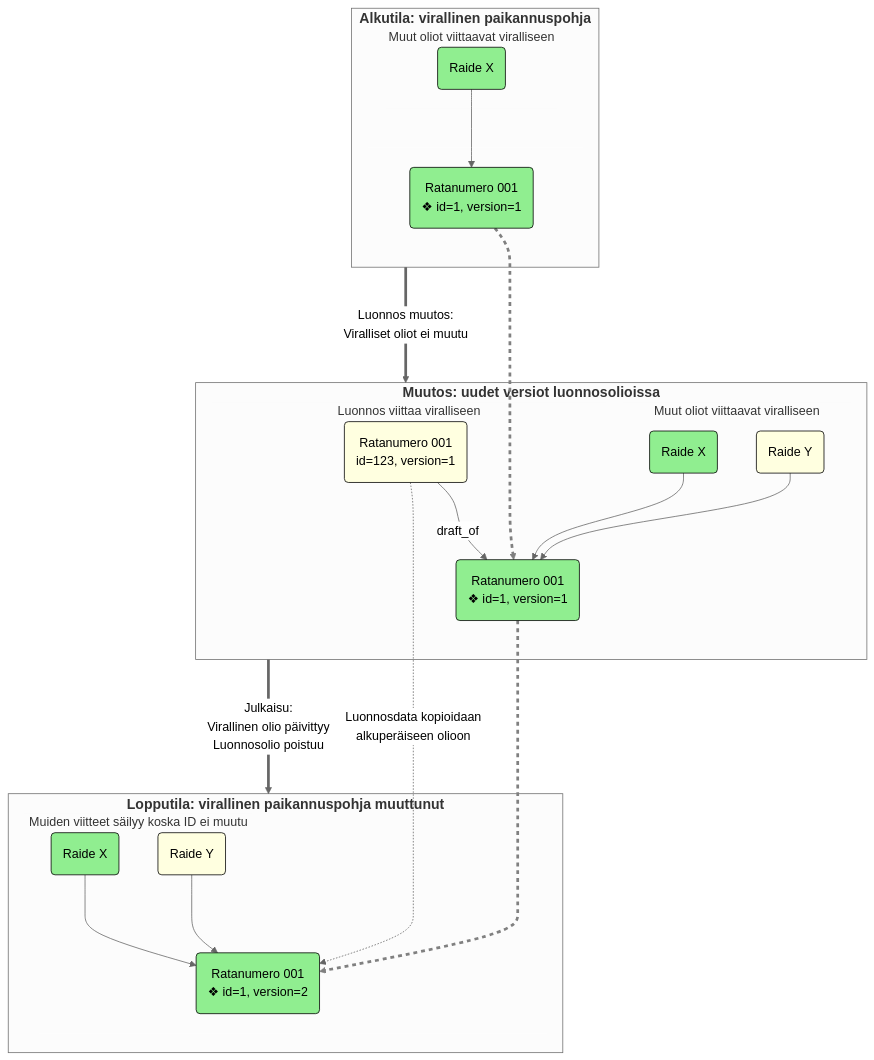
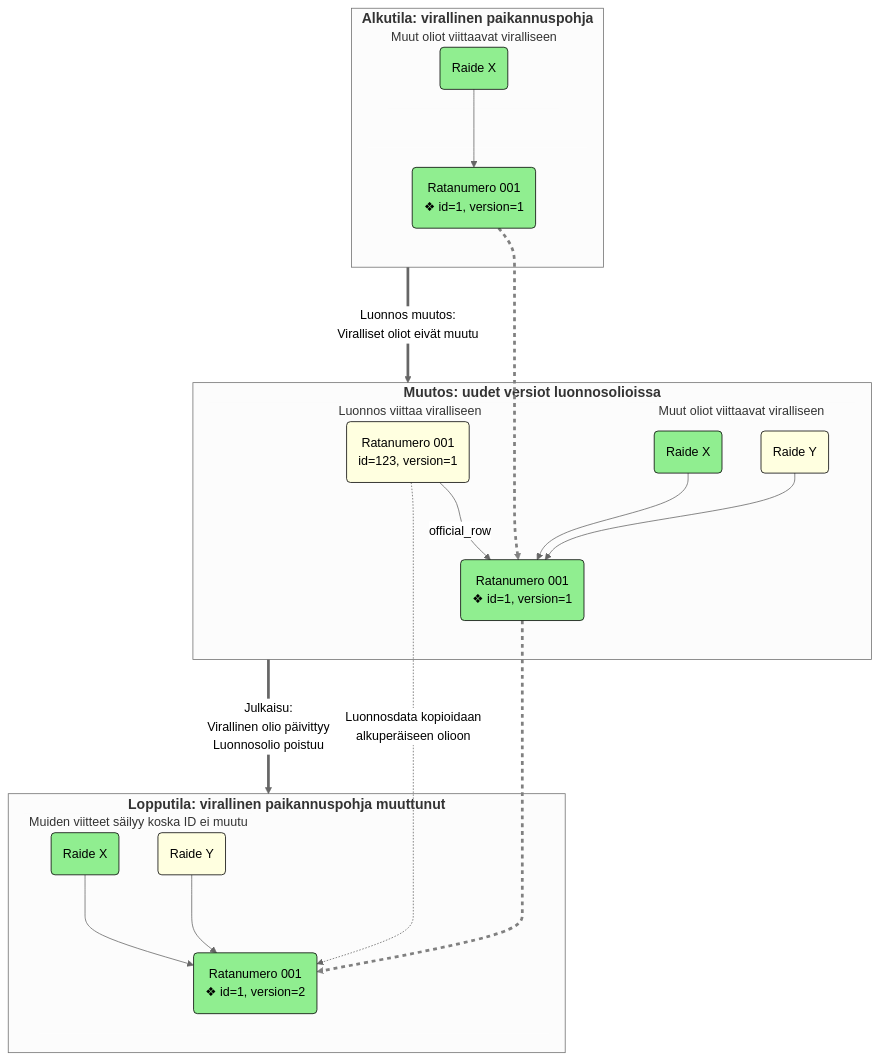
One commit to finnishtransportagency/geoviite changed the third of 5 diagrams in doc/paikannuspohjan_kontekstit.md. Above: the diagram before and after it, drawn with Mermaid (neutral theme). The commit also changed other lines of this file, not shown here.

````diff
--- a/doc/paikannuspohjan_kontekstit.md
+++ b/doc/paikannuspohjan_kontekstit.md
@@ -138,48 +157,48 @@
 ```mermaid
 graph TD
     subgraph startState [Alkutila: virallinen paikannuspohja]
         subgraph startTracks [Muut oliot viittaavat viralliseen]
             track1InStart(Raide X)
         end
         subgraph startTrackNumber [&nbsp]
             officialTnInStart("Ratanumero 001\n❖ id=1, version=1")
         end
         track1InStart --> officialTnInStart
     end
     subgraph draftState [Muutos: uudet versiot luonnosolioissa]
         subgraph draftTracks [Muut oliot viittaavat viralliseen]
             track1InDraft(Raide X)
             track2InDraft(Raide Y)
         end
         subgraph draftTrackNumber [Luonnos viittaa viralliseen]
             draftTnInDraft(Ratanumero 001\nid=123, version=1)
             officialTnInDraft("Ratanumero 001\n❖ id=1, version=1")
         end
         track1InDraft --> officialTnInDraft
         track2InDraft --> officialTnInDraft
-        draftTnInDraft -- draft_of --> officialTnInDraft
+        draftTnInDraft -- official_row --> officialTnInDraft
     end
     subgraph endState [Lopputila: virallinen paikannuspohja muuttunut]
         subgraph endTracks [Muiden viitteet säilyy koska ID ei muutu]
             track1InEnd(Raide X)
             track2InEnd(Raide Y)
         end
         subgraph endTrackNumber [&nbsp]
             officialTnInEnd("Ratanumero 001\n❖ id=1, version=2")
         end
         track1InEnd --> officialTnInEnd
         track2InEnd --> officialTnInEnd
     end
-    startState == Luonnos muutos:\nViralliset oliot ei muutu ==> draftState == Julkaisu:\nVirallinen olio päivittyy\nLuonnosolio poistuu ==> endState
+    startState == Luonnos muutos:\nViralliset oliot eivät muutu ==> draftState == Julkaisu:\nVirallinen olio päivittyy\nLuonnosolio poistuu ==> endState
     officialTnInStart ====> officialTnInDraft ====> officialTnInEnd
     draftTnInDraft -. Luonnosdata kopioidaan\nalkuperäiseen olioon .-> officialTnInEnd
     classDef draftObject fill: lightyellow, stroke: black, color: black;
     classDef officialObject fill: lightgreen, stroke: black, color: black;
     class draftTnInDraft,track2InDraft,track2InEnd draftObject
     class officialTnInStart,officialTnInDraft,officialTnInEnd,track1InStart,track1InDraft,track1InEnd officialObject
     linkStyle 8,9 stroke: grey, stroke-dasharray: 5 5
     classDef phaseCategory font-size: 18px, font-weight: bold
     class startState,draftState,endState phaseCategory
     classDef objectCategory stroke: transparent
     class startTracks,draftTracks,endTracks,startTrackNumber,draftTrackNumber,endTrackNumber objectCategory
 ```
````
